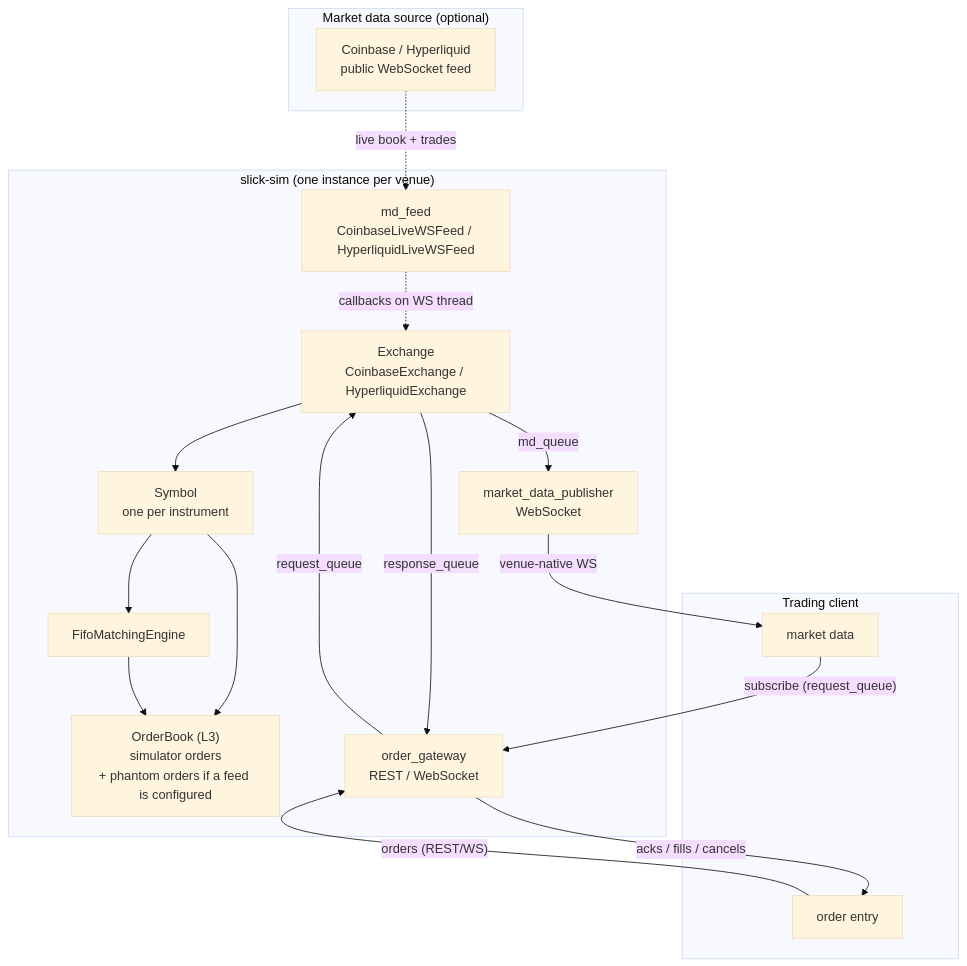
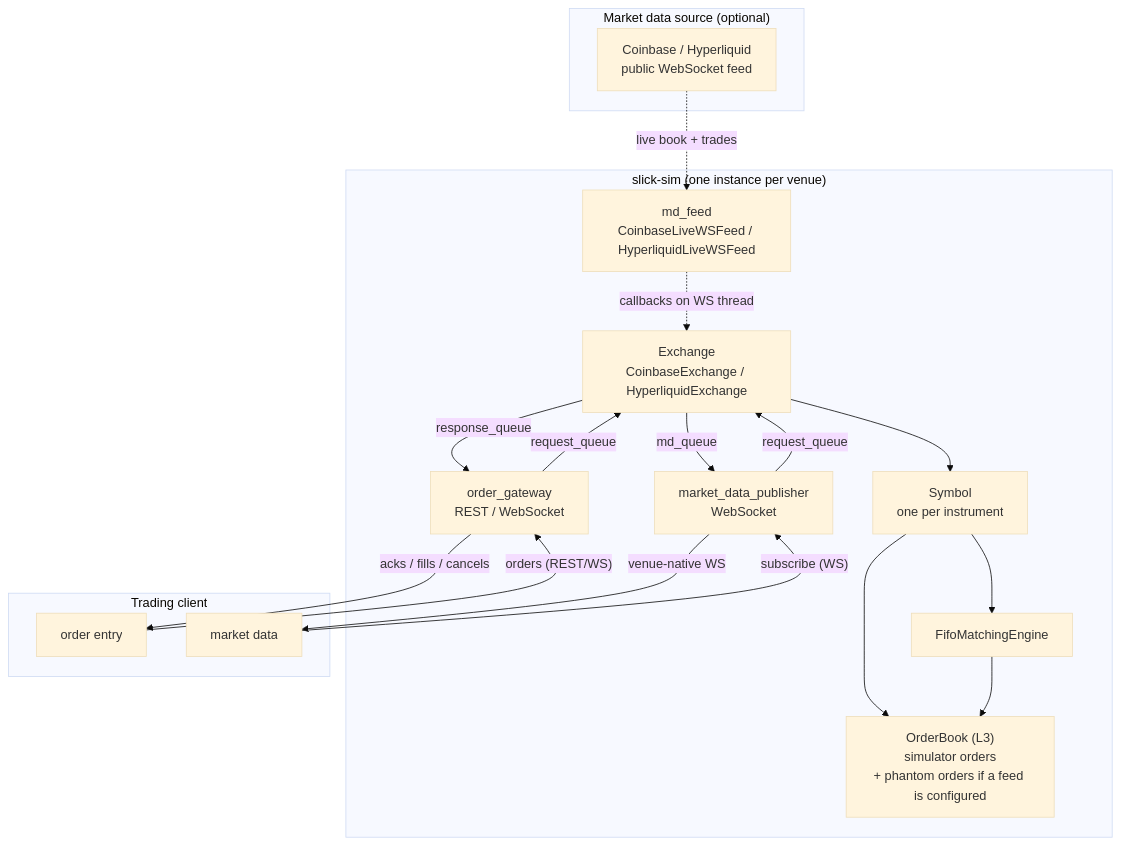
Before and after one commit to SlickQuant/slick-sim: the first of 2 diagrams in docs/architecture.md, drawn with Mermaid (base theme). The commit also changed other lines of this file and 1 other file, not shown here.

````diff
--- a/docs/architecture.md
+++ b/docs/architecture.md
@@ -82,37 +82,38 @@
 ```mermaid
 flowchart TB
     subgraph upstream["Market data source (optional)"]
         RE["Coinbase / Hyperliquid<br/>public WebSocket feed"]
     end
 
     subgraph sim["slick-sim (one instance per venue)"]
         FEED["md_feed<br/>CoinbaseLiveWSFeed / HyperliquidLiveWSFeed"]
         EX["Exchange<br/>CoinbaseExchange / HyperliquidExchange"]
         SYM["Symbol<br/>one per instrument"]
         BOOK["OrderBook (L3)<br/>simulator orders<br/>+ phantom orders if a feed is configured"]
         ME["FifoMatchingEngine"]
         OG["order_gateway<br/>REST / WebSocket"]
         MDP["market_data_publisher<br/>WebSocket"]
     end
 
     subgraph client["Trading client"]
         CO["order entry"]
         CM["market data"]
     end
 
     RE -.->|"live book + trades"| FEED
     FEED -.->|"callbacks on WS thread"| EX
     EX --> SYM
     SYM --> BOOK
     SYM --> ME
     ME --> BOOK
 
     CO -->|"orders (REST/WS)"| OG
     OG -->|"request_queue"| EX
     EX -->|"response_queue"| OG
     OG -->|"acks / fills / cancels"| CO
 
+    CM -->|"subscribe (WS)"| MDP
+    MDP -->|"request_queue"| EX
     EX -->|"md_queue"| MDP
     MDP -->|"venue-native WS"| CM
-    CM -->|"subscribe (request_queue)"| OG
 ```
````
